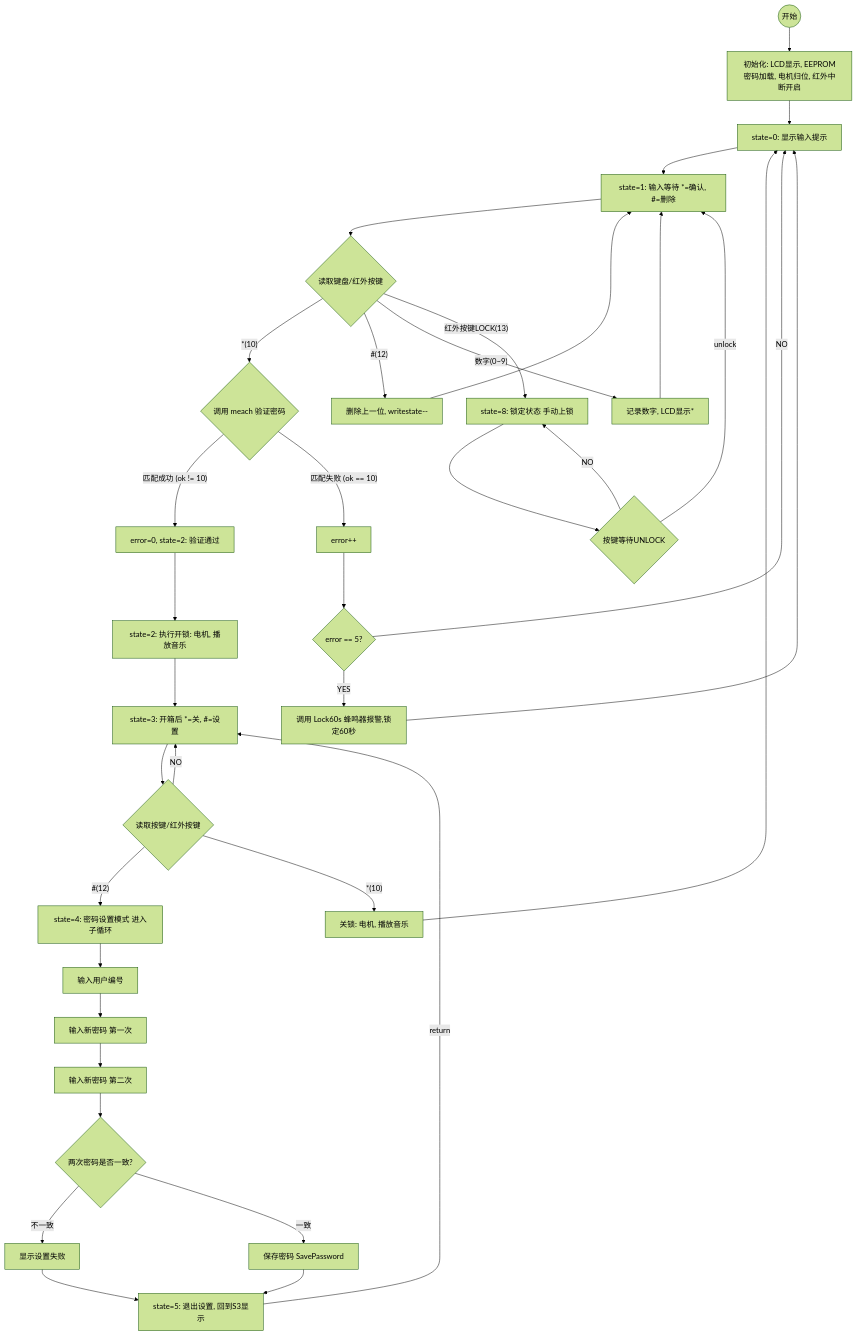
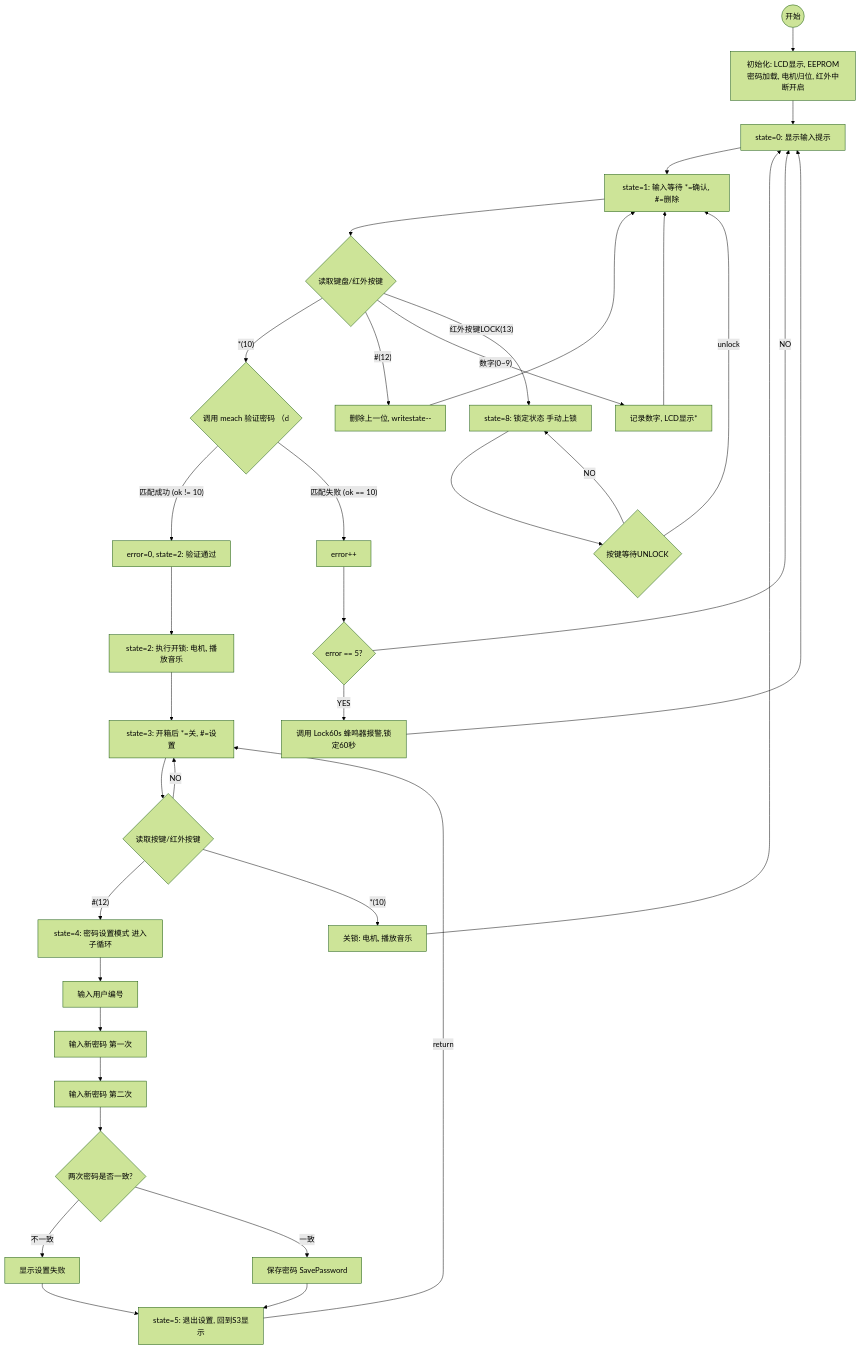
Before and after one commit to ksxyh-22/iodraw-files: the diagram in all/未命名-2.md, drawn with Mermaid (forest theme).

Commit message:
2025-10-11 11:34:48 update

````diff
--- a/all/未命名-2.md
+++ b/all/未命名-2.md
@@ -1,80 +1,80 @@
 ```mermaid
 graph TD
     %% 状态机主流程
     START((开始)) --> INIT[初始化: LCD显示, EEPROM密码加载, 电机归位, 红外中断开启];
     INIT --> S0[state=0: 显示输入提示];
 
     %% 状态 1: 密码输入与验证 (主流程)
     S0 --> S1[state=1: 输入等待 *=确认, #=删除];
     
     S1 --> INPUT{读取键盘/红外按键};
     
     %% 验证分支
-    INPUT -- *(10) --> VERIFY{调用 meach 验证密码 };
+    INPUT -- *(10) --> VERIFY{调用 meach 验证密码 （d};
 
 
     INPUT -- #(12) --> DELETE[删除上一位, writestate--];
     DELETE --> S1;
 
     
 
     %% 处理输入分支
     INPUT -- 数字(0~9) --> DIGIT[记录数字, LCD显示*];
     DIGIT --> S1;
 
     
 
     
 
     
     VERIFY -- 匹配成功 (ok != 10) --> S2_SUCCESS[error=0, state=2: 验证通过];
     
     %% 失败和错误处理 (分支到右侧)
     VERIFY -- 匹配失败 (ok == 10) --> ERROR_COUNT[error++];
     
     ERROR_COUNT --> CHECK_ERRORS{error == 5?};
     
     CHECK_ERRORS -- NO --> S0;
 
     CHECK_ERRORS -- YES --> LOCK_60s[调用 Lock60s 蜂鸣器报警,锁定60秒];
     LOCK_60s --> S0;
 
     %% 状态 2, 3, 5: 开锁后的操作 (主流程)
     S2_SUCCESS --> S2_OPEN[state=2: 执行开锁: 电机, 播放音乐];
     S2_OPEN --> S3[state=3: 开箱后 *=关, #=设置];
 
     S3 --> POST_KEY{读取按键/红外按键};
     
     POST_KEY -- NO --> S3;
     
     POST_KEY -- #(12) --> S4[state=4: 密码设置模式 进入子循环];
 
     POST_KEY -- *(10) --> S3_CLOSE[关锁: 电机, 播放音乐];
     S3_CLOSE --> S0;
     
     
 
     %% 状态 4: 密码设置 (子流程)
     S4 --> S4_USER[输入用户编号];
     S4_USER --> S4_PASS1[输入新密码 第一次];
     S4_PASS1 --> S4_PASS2[输入新密码 第二次];
 
     S4_PASS2 --> S4_CHECK{两次密码是否一致?};
     
     S4_CHECK -- 不一致 --> S4_FAIL[显示设置失败];
     S4_FAIL --> S5[state=5: 退出设置, 回到S3显示];
 
     S4_CHECK -- 一致 --> S4_SAVE[保存密码 SavePassword];
     S4_SAVE --> S5;
     
     S5 -- return --> S3; 
     
     %% 手动锁定 (分支到右侧)
     INPUT -- 红外按键LOCK(13) --> S8;
 
     %% 状态 8: 锁定状态 (独立循环)
     S8[state=8: 锁定状态 手动上锁] --> S8_WAIT{按键等待UNLOCK};
     
     S8_WAIT -- NO --> S8;
     S8_WAIT -- unlock --> S1;
 ```
````
